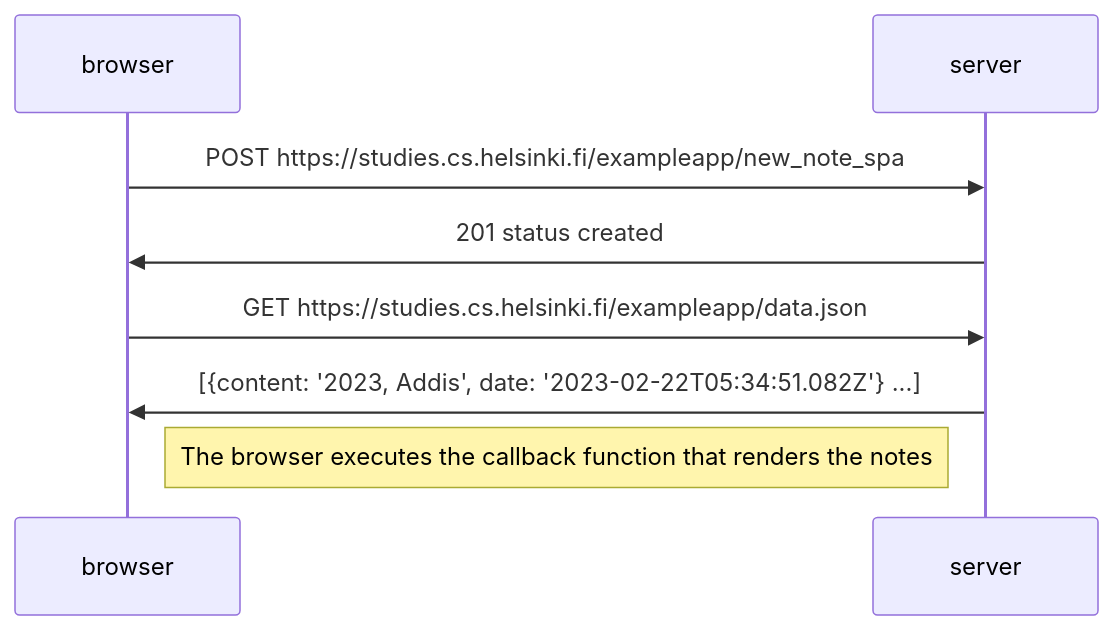
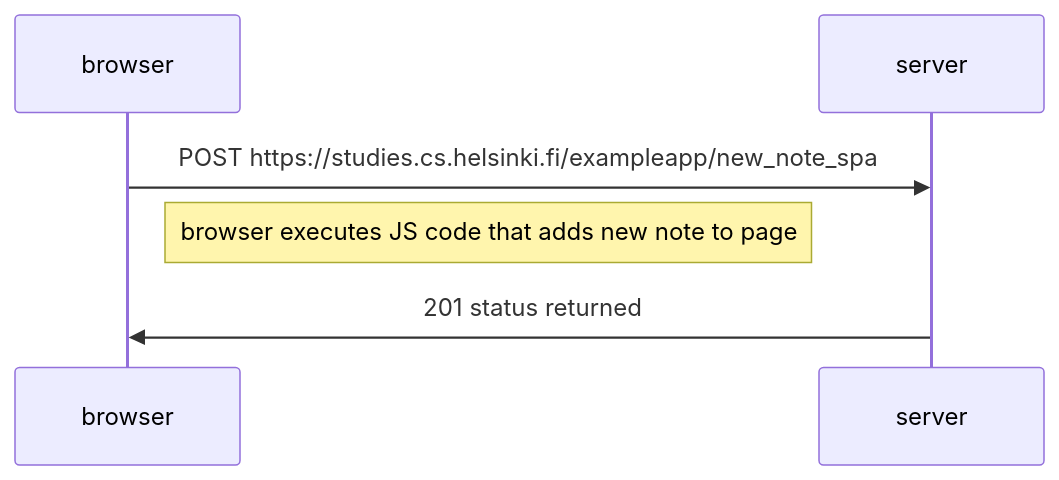
One commit to HatofulGirlfriend/fullstackopen-exercises changed the diagram in part0/exercise-0-6.md. Above: the diagram before and after it, drawn with Mermaid.

````diff
--- a/part0/exercise-0-6.md
+++ b/part0/exercise-0-6.md
@@ -1,8 +1,6 @@
 ```mermaid
 sequenceDiagram
 browser->>server: POST https://studies.cs.helsinki.fi/exampleapp/new_note_spa
-server->>browser: 201 status created
-browser->>server: GET https://studies.cs.helsinki.fi/exampleapp/data.json
-server->>browser: [{content: '2023, Addis', date: '2023-02-22T05:34:51.082Z'} ...]
-Note right of browser: The browser executes the callback function that renders the notes 
+Note right of browser: browser executes JS code that adds new note to page
+server->>browser: 201 status returned
 ```
````
